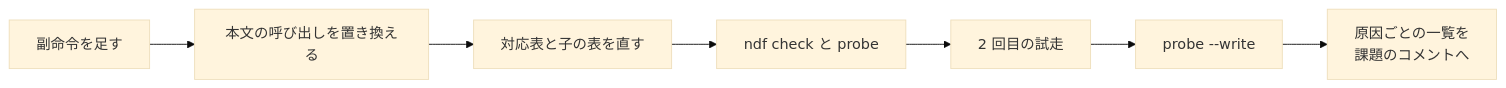
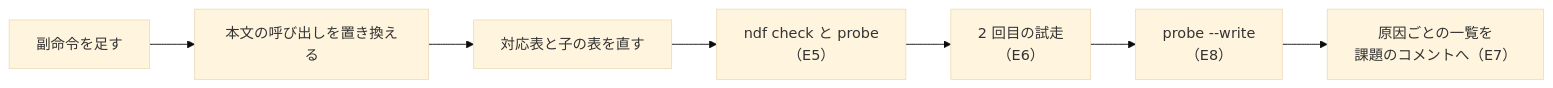
Before and after one commit to devbasex/ai-plugins: the third of 3 diagrams in issues/issue-3569-design.md, drawn with Mermaid (base theme). The commit also changed other lines of this file and 1 other file, not shown here.

````diff
--- a/issues/issue-3569-design.md
+++ b/issues/issue-3569-design.md
@@ -196,9 +202,9 @@
 ```mermaid
 flowchart LR
     A["副命令を足す"] --> B["本文の呼び出しを置き換える"]
     B --> C["対応表と子の表を直す"]
-    C --> D["ndf check と probe"]
-    D --> E["2 回目の試走"]
-    E --> F["probe --write"]
-    F --> G["原因ごとの一覧を<br>課題のコメントへ"]
+    C --> D["ndf check と probe<br>（E5）"]
+    D --> E["2 回目の試走<br>（E6）"]
+    E --> F["probe --write<br>（E8）"]
+    F --> G["原因ごとの一覧を<br>課題のコメントへ（E7）"]
 ```
````
